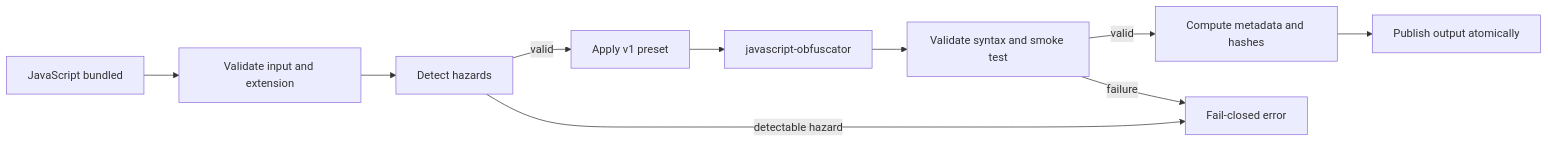
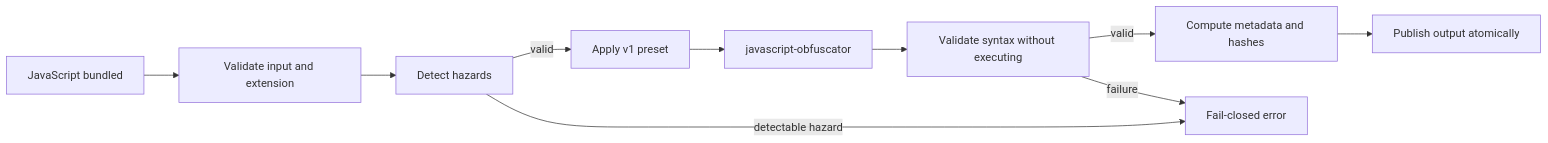
Before and after one commit to andermoreira/js-condom: the first of 2 diagrams in README.md, drawn with Mermaid. The commit also changed other lines of this file and 16 other files, not shown here.

````diff
--- a/README.md
+++ b/README.md
@@ -48,12 +48,12 @@
 ```mermaid
 flowchart LR
     A[JavaScript bundled] --> B[Validate input and extension]
     B --> C[Detect hazards]
     C -->|valid| D[Apply v1 preset]
     D --> E[javascript-obfuscator]
-    E --> F[Validate syntax and smoke test]
+    E --> F[Validate syntax without executing]
     F -->|valid| G[Compute metadata and hashes]
     G --> H[Publish output atomically]
     C -->|detectable hazard| X[Fail-closed error]
     F -->|failure| X
 ```
````
